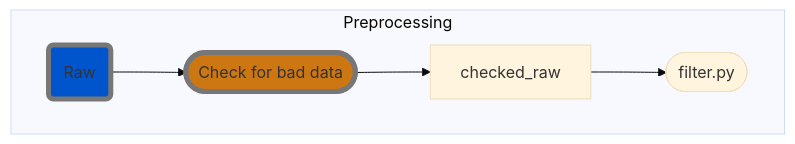
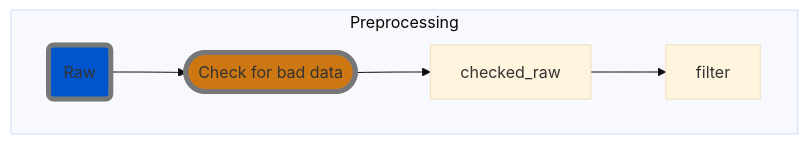
Before and after one commit to hiroyoshi-yamasaki/MNE-MVPA: the diagram in README.md, drawn with Mermaid (base theme).

Commit message:
mermaid not working on github

````diff
--- a/README.md
+++ b/README.md
@@ -4,25 +4,24 @@
 ```mermaid
 graph TD
     %% Processes
     classDef automatic_process fill: #b21, stroke-width: 5px, stroke: #777
     classDef manual_process fill: #c71, stroke-width: 5px, stroke: #777
     
     %% Data
     classDef mne_data fill: #05c, stroke-width: 5px, stroke: #777
     classDef event_data fill: #260, stroke-width: 5px, stroke: #777
     classDef other_data fill: #55c, stroke-width: 5px, stroke: #777
 
     %% Preprocessing MEG data
     subgraph "Preprocessing"
     
         %% Manual check for bad channels, artefacts etc.
         raw_data("Raw"):::mne_data --> check_raw(["Check for bad data"]):::manual_process;
         check_raw --> checked_raw;
-    
-        checked_raw --> filter(["filter.py"]);
+        checked_raw --> filter;
         
         
         
     end
     
 ```
````
